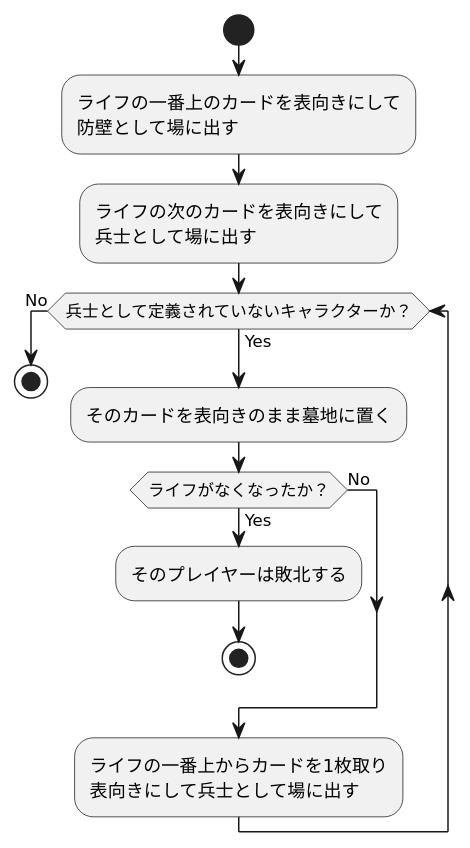
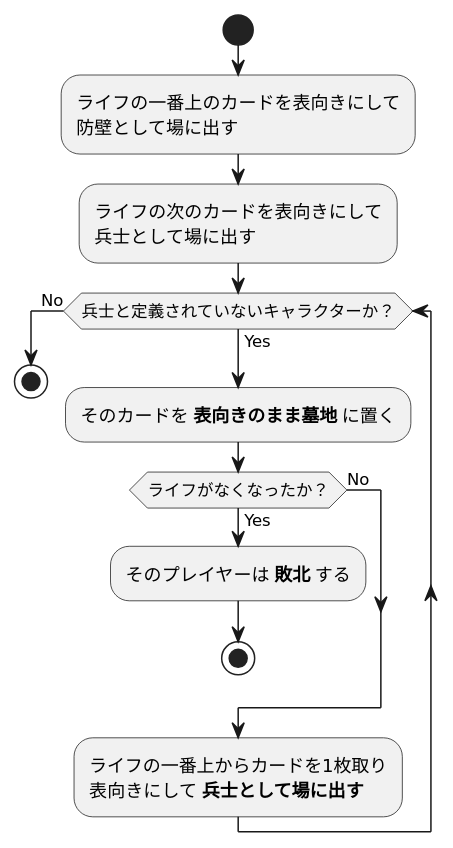
The diagram in source/common/preset-flow.puml (BlackPoker/BlackPoker), drawn with PlantUML before and after one commit.

Commit message:
[KAIZEN] 0314pdfコメント Fixes #489

```diff
--- a/source/common/preset-flow.puml
+++ b/source/common/preset-flow.puml
@@ -1,20 +1,20 @@
 @startuml
 start
 :ライフの一番上のカードを表向きにして
 防壁として場に出す;
 
 :ライフの次のカードを表向きにして
 兵士として場に出す;
 
-while (兵士として定義されていないキャラクターか？) is (Yes)
-    :そのカードを表向きのまま墓地に置く;
+while (兵士と定義されていないキャラクターか？) is (Yes)
+    :そのカードを **表向きのまま墓地** に置く;
     if (ライフがなくなったか？) then (Yes)
-        :そのプレイヤーは敗北する;
+        :そのプレイヤーは **敗北** する;
         stop
     else (No)
     endif
     :ライフの一番上からカードを1枚取り
-    表向きにして兵士として場に出す;
+    表向きにして **兵士として場に出す** ;
 endwhile (No)
 stop
 @enduml
```
